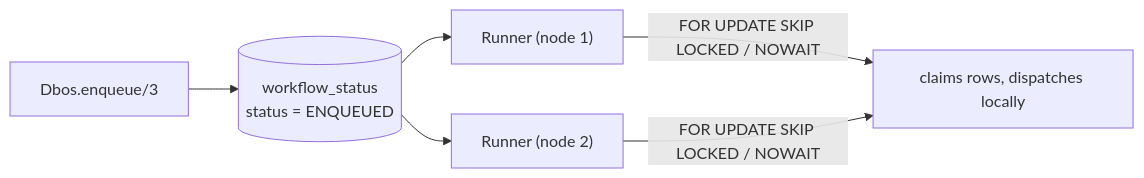
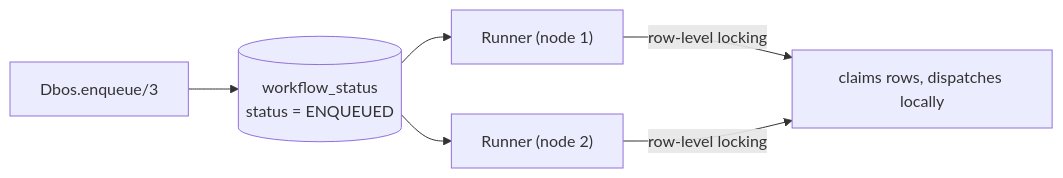
Before and after one commit to mbuhot/dbos_elixir: the diagram in guides/tutorials/queues.md, drawn with Mermaid. The commit also changed other lines of this file and 61 other files, not shown here.

````diff
--- a/guides/tutorials/queues.md
+++ b/guides/tutorials/queues.md
@@ -9,8 +8,8 @@
 ```mermaid
 flowchart LR
     A["Dbos.enqueue/3"] --> B[("workflow_status\nstatus = ENQUEUED")]
     B --> C1["Runner (node 1)"]
     B --> C2["Runner (node 2)"]
-    C1 -->|"FOR UPDATE SKIP LOCKED / NOWAIT"| D[claims rows, dispatches locally]
-    C2 -->|"FOR UPDATE SKIP LOCKED / NOWAIT"| D
+    C1 -->|row-level locking| D[claims rows, dispatches locally]
+    C2 -->|row-level locking| D
 ```
````
